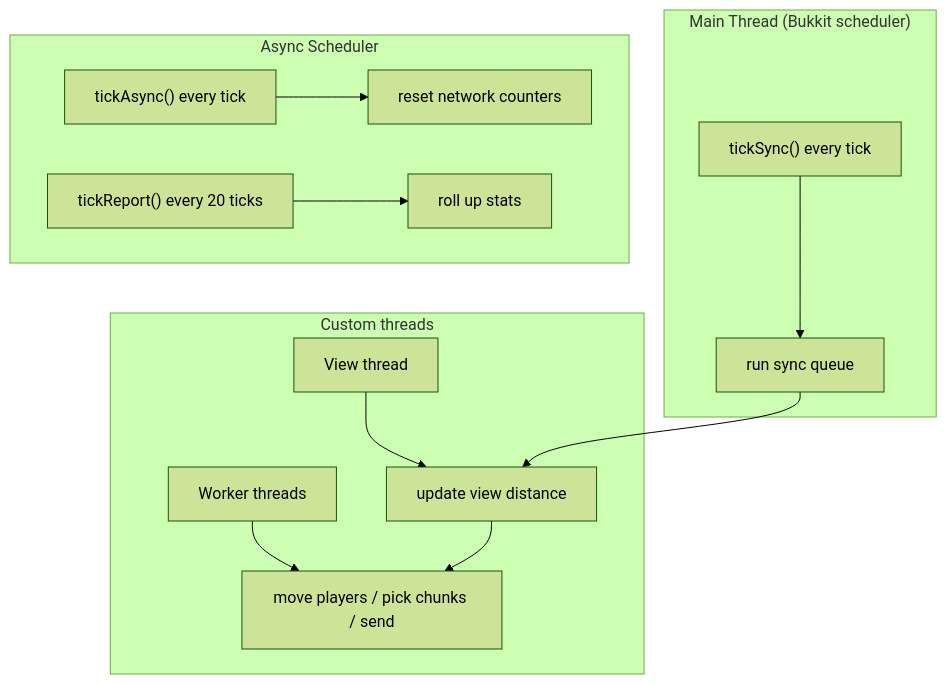
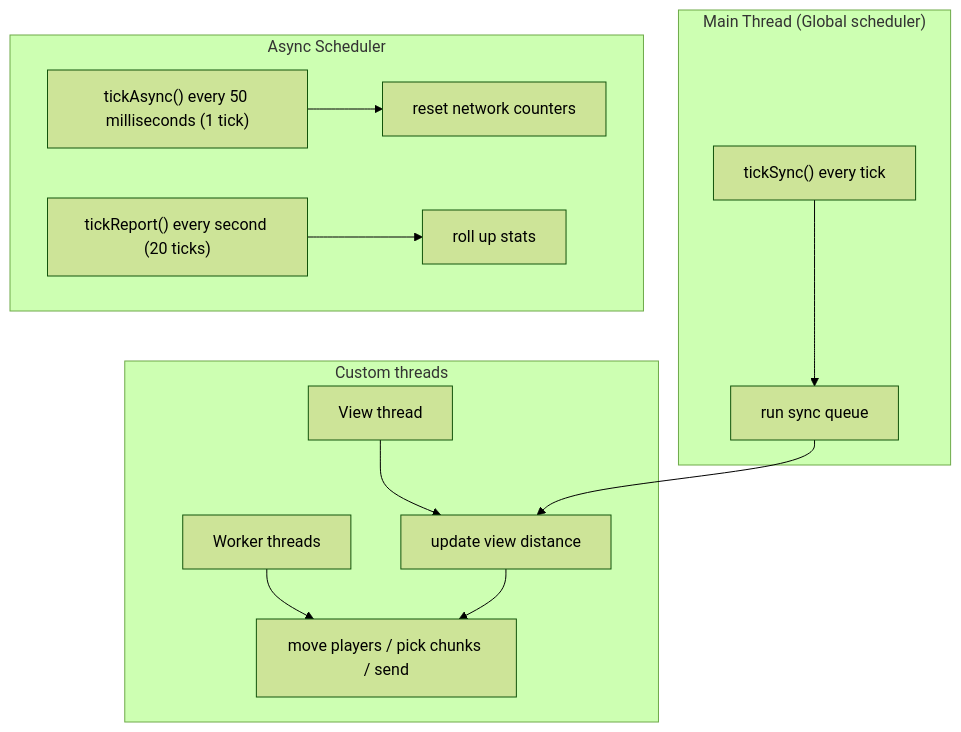
The third of 12 diagrams in docs/DIAGRAMS.md (EuSouVoce/FartherViewDistance_1.20.1), drawn with Mermaid (forest theme) before and after one commit.

Commit message:
Update third section in diagrams to respect Folia

````diff
--- a/docs/DIAGRAMS.md
+++ b/docs/DIAGRAMS.md
@@ -60,19 +60,19 @@
 ```mermaid
 flowchart TD
-    subgraph Main_Thread["Main Thread (Bukkit scheduler)"]
+    subgraph Main_Thread["Main Thread (Global scheduler)"]
         S1["tickSync() every tick"] --> S2[run sync queue]
     end
 
     subgraph Async_Tasks[Async Scheduler]
-        A1["tickAsync() every tick"] --> A2[reset network counters]
-        A3["tickReport() every 20 ticks"] --> A4[roll up stats]
+        A1["tickAsync() every 50 milliseconds (1 tick)"] --> A2[reset network counters]
+        A3["tickReport() every second (20 ticks)"] --> A4[roll up stats]
     end
 
     subgraph Custom_Threads[Custom threads]
         V1[View thread] --> V2[update view distance]
         T1[Worker threads] --> T2[move players / pick chunks / send]
     end
 
     S2 --> V2
     V2 --> T2
 ```
````
